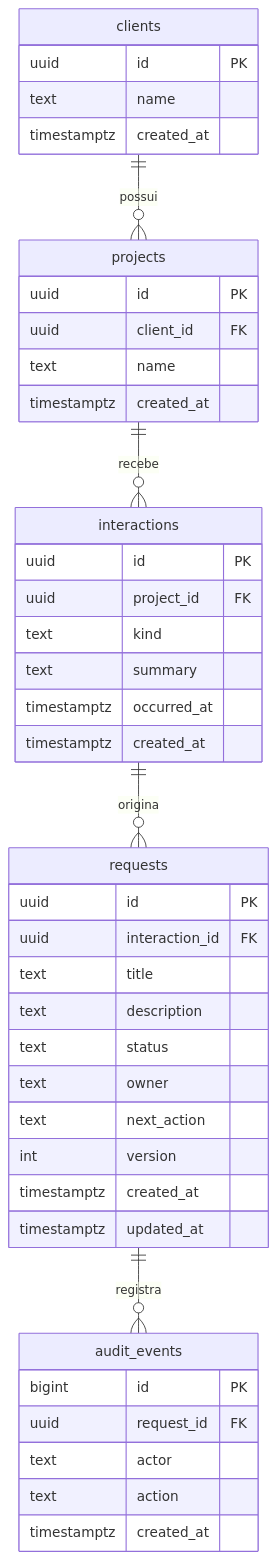
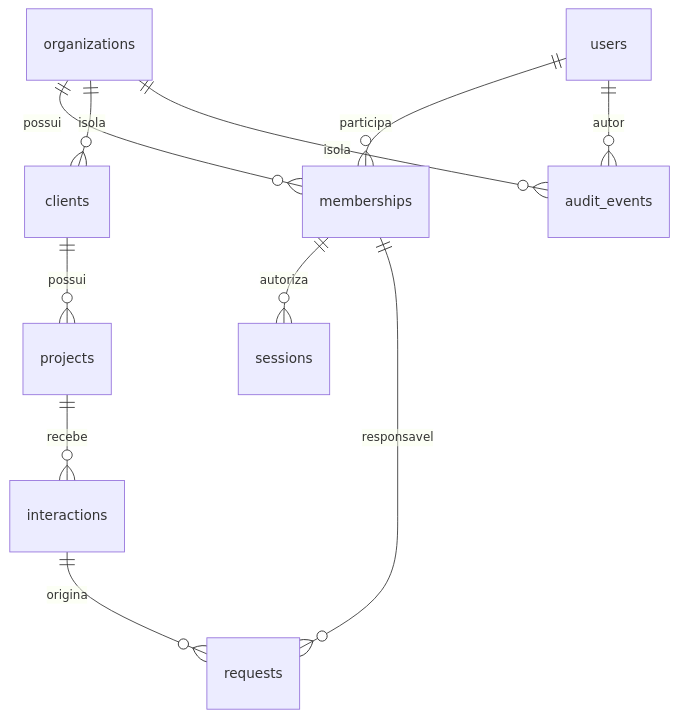
Before and after one commit to marcelotaparelli/catus-os: the second of 2 diagrams in ARCHITECTURE.md, drawn with Mermaid. The commit also changed other lines of this file and 38 other files, not shown here.

````diff
--- a/ARCHITECTURE.md
+++ b/ARCHITECTURE.md
@@ -45,12 +78,13 @@
 ```mermaid
 erDiagram
-    clients ||--o{ projects : possui
-    projects ||--o{ interactions : recebe
-    interactions ||--o{ requests : origina
-    requests ||--o{ audit_events : registra
-    clients { uuid id PK text name timestamptz created_at }
-    projects { uuid id PK uuid client_id FK text name timestamptz created_at }
-    interactions { uuid id PK uuid project_id FK text kind text summary timestamptz occurred_at timestamptz created_at }
-    requests { uuid id PK uuid interaction_id FK text title text description text status text owner text next_action int version timestamptz created_at timestamptz updated_at }
-    audit_events { bigint id PK uuid request_id FK text actor text action timestamptz created_at }
+ organizations ||--o{ memberships : possui
+ users ||--o{ memberships : participa
+ memberships ||--o{ sessions : autoriza
+ organizations ||--o{ clients : isola
+ clients ||--o{ projects : possui
+ projects ||--o{ interactions : recebe
+ interactions ||--o{ requests : origina
+ memberships ||--o{ requests : responsavel
+ users ||--o{ audit_events : autor
+ organizations ||--o{ audit_events : isola
 ```
````
